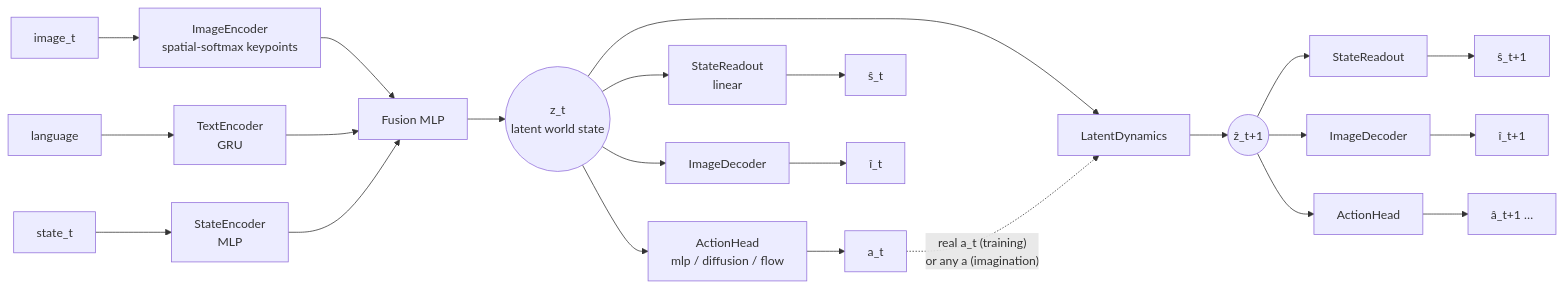
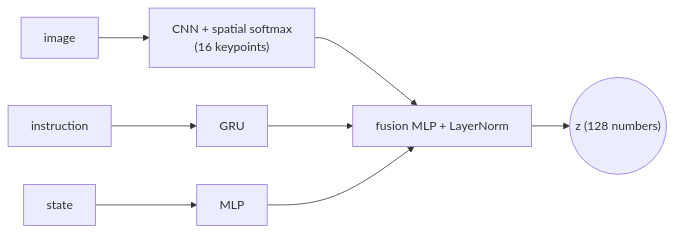
One commit to keivalya/mini-wam changed the third of 4 diagrams in docs/mini-wam-paper.md. Above: the diagram before and after it, drawn with Mermaid. The commit also changed other lines of this file, not shown here.

````diff
--- a/docs/mini-wam-paper.md
+++ b/docs/mini-wam-paper.md
@@ -99,19 +174,10 @@
 ```mermaid
 flowchart LR
-    I[image_t] --> IE[ImageEncoder<br/>spatial-softmax keypoints]
-    L[language] --> TE[TextEncoder<br/>GRU]
-    S[state_t] --> SE[StateEncoder<br/>MLP]
-    IE --> F[Fusion MLP]
+    I[image] --> IE["CNN + spatial softmax<br/>(16 keypoints)"]
+    L[instruction] --> TE[GRU]
+    S[state] --> SE[MLP]
+    IE --> F["fusion MLP + LayerNorm"]
     TE --> F
     SE --> F
-    F --> Z((z_t<br/>latent world state))
-    Z --> P[ActionHead<br/>mlp / diffusion / flow] --> A[a_t]
-    Z --> R[StateReadout<br/>linear] --> SH[ŝ_t]
-    Z --> D[ImageDecoder] --> IH[î_t]
-    Z --> DYN[LatentDynamics]
-    A -. "real a_t (training)<br/>or any a (imagination)" .-> DYN
-    DYN --> Z1((ẑ_t+1))
-    Z1 --> R2[StateReadout] --> S1[ŝ_t+1]
-    Z1 --> D2[ImageDecoder] --> I1[î_t+1]
-    Z1 --> P2[ActionHead] --> A1[â_t+1 …]
+    F --> Z(("z (128 numbers)"))
 ```
````
